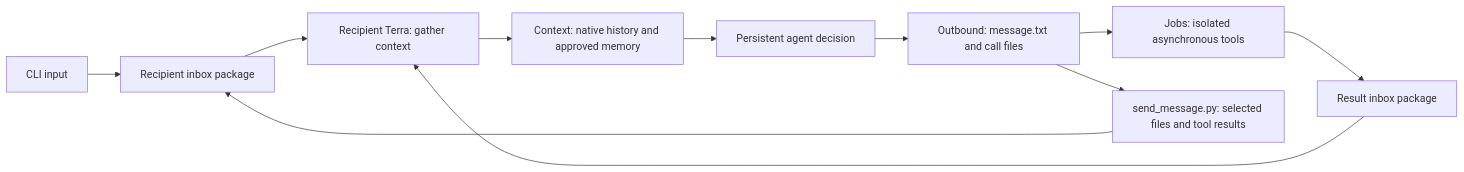
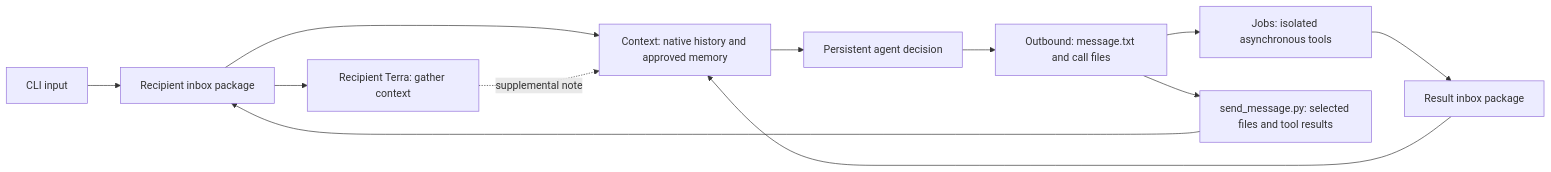
The diagram in docs/layout.md (someoneexistsontheinternet/bloom-harness), drawn with Mermaid before and after one commit. The commit also changed other lines of this file and 17 other files, not shown here.

````diff
--- a/docs/layout.md
+++ b/docs/layout.md
@@ -3,13 +3,14 @@
 ```mermaid
 flowchart LR
     U[CLI input] --> I[Recipient inbox package]
     I --> T[Recipient Terra: gather context]
-    T --> C[Context: native history and approved memory]
+    I --> C[Context: native history and approved memory]
+    T -. supplemental note .-> C
     C --> A[Persistent agent decision]
     A --> O[Outbound: message.txt and call files]
     O --> J[Jobs: isolated asynchronous tools]
     J --> R[Result inbox package]
-    R --> T
+    R --> C
     O --> S[send_message.py: selected files and tool results]
     S --> I
 ```
````
